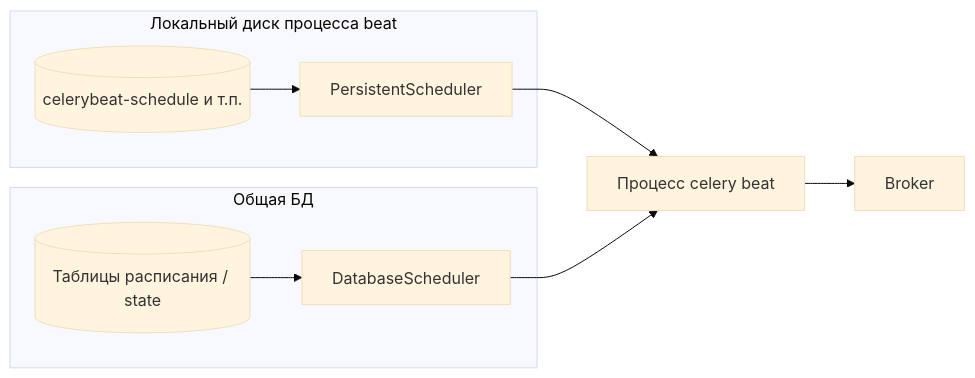
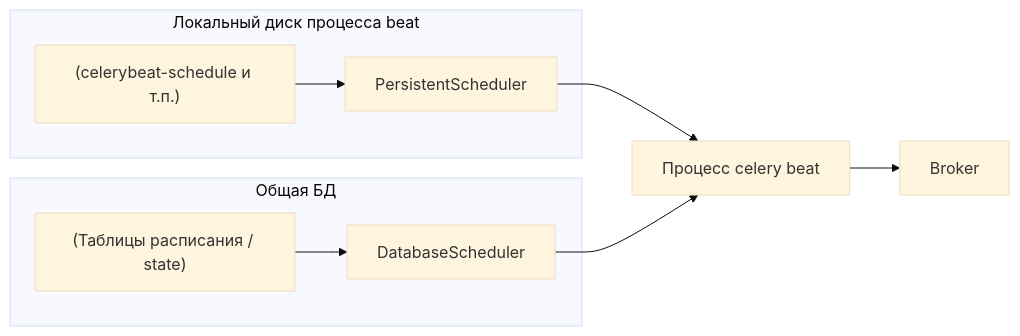
Before and after one commit to DDoSKudya/ai-study-atlas: the second of 2 diagrams in directions/services/celery/pact/11_scheduling_i_periodicheskie_zadachi/12_11_11_1_celery_beat.md, drawn with Mermaid (base theme). The commit also changed other lines of this file and 322 other files, not shown here.

Commit message:
fix(docs): make mermaid diagrams GitHub-compatible across directions content

````diff
--- a/directions/services/celery/pact/11_scheduling_i_periodicheskie_zadachi/12_11_11_1_celery_beat.md
+++ b/directions/services/celery/pact/11_scheduling_i_periodicheskie_zadachi/12_11_11_1_celery_beat.md
@@ -79,14 +79,14 @@
 ```mermaid
 flowchart LR
     subgraph disk["Локальный диск процесса beat"]
-        F[(celerybeat-schedule и т.п.)]
-        F --> PB[PersistentScheduler]
+        F["(celerybeat-schedule и т.п.)"]
+        F --> PB["PersistentScheduler"]
     end
     subgraph dbBacking["Общая БД"]
-        T[(Таблицы расписания / state)]
-        T --> DBB[DatabaseScheduler]
+        T["(Таблицы расписания / state)"]
+        T --> DBB["DatabaseScheduler"]
     end
-    PB --> BEAT[Процесс celery beat]
+    PB --> BEAT["Процесс celery beat"]
     DBB --> BEAT
-    BEAT --> BR[Broker]
+    BEAT --> BR["Broker"]
 ```
````
